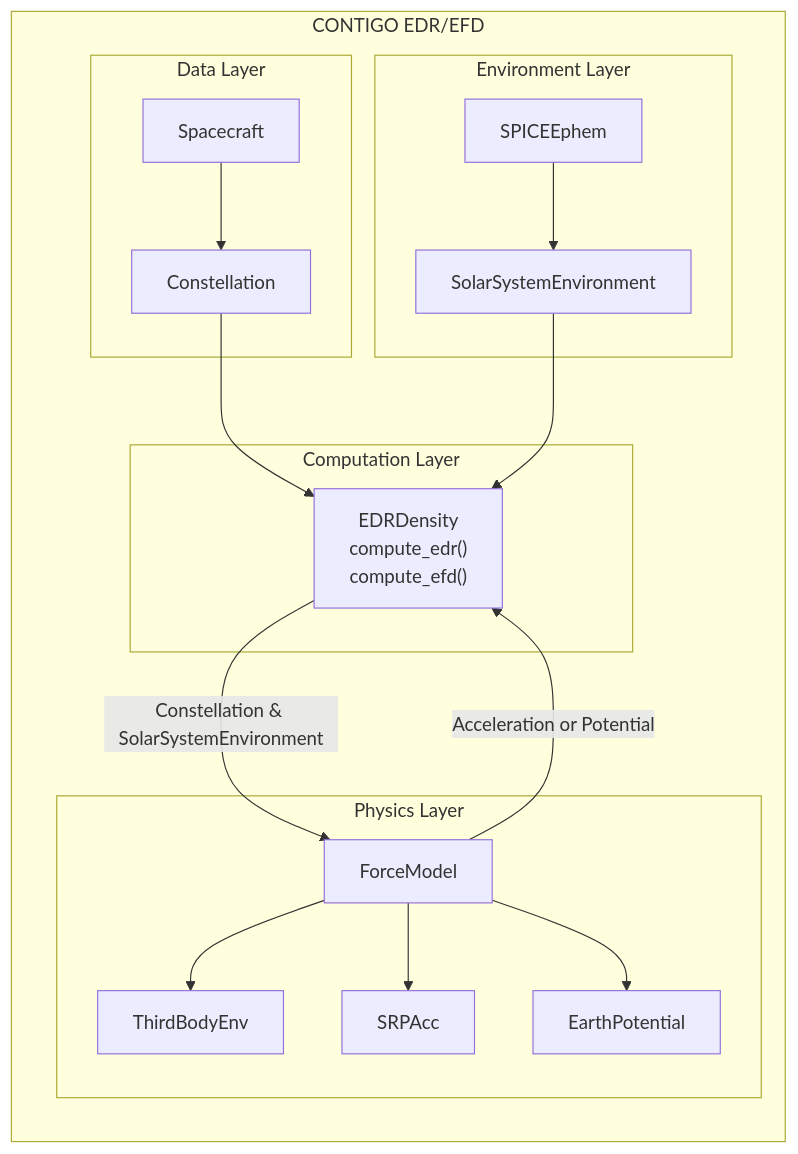
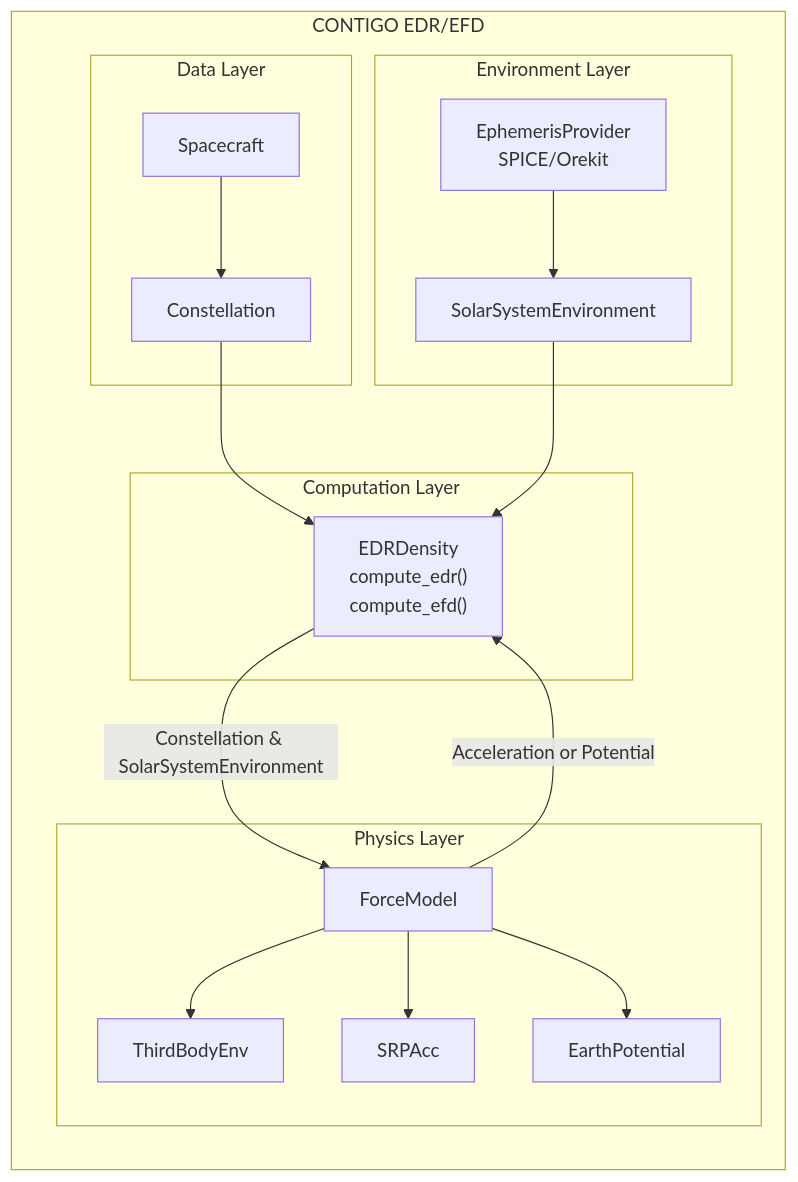
Before and after one commit to jklenzing/contigo_edr: the diagram in README.md, drawn with Mermaid. The commit also changed other lines of this file, not shown here.

````diff
--- a/README.md
+++ b/README.md
@@ -22,57 +22,58 @@
 ```mermaid
 flowchart LR
 
 %% =====================================================
 %% MODULE CONTAINER
 %% =====================================================
 
 subgraph CONTIGO_EDR_MODULE["CONTIGO EDR/EFD"]
 
 %% ================= DATA LAYER =================
 subgraph DATA_LAYER["Data Layer"]
     Spacecraft["Spacecraft"]
     Constellation["Constellation"]
 end
 
 %% ================= ENVIRONMENT LAYER =================
 subgraph ENV_LAYER["Environment Layer"]
-    SPICEEphem["SPICEEphem"]
+    SPICEEphem["EphemerisProvider
+                SPICE/Orekit"]
     SolarSystemEnvironment["SolarSystemEnvironment"]
 end
 
 %% ================= PHYSICS LAYER =================
 subgraph PHYSICS_LAYER["Physics Layer"]
     ForceModel["ForceModel"]
     ThirdBody["ThirdBodyEnv"]
     SRPAcc["SRPAcc"]
     EarthPotential["EarthPotential"]
 
     ForceModel --> ThirdBody
     ForceModel --> SRPAcc
     ForceModel --> EarthPotential
 end
 
 %% ================= COMPUTATION LAYER =================
 subgraph COMP_LAYER["Computation Layer"]
     EDRDensity["EDRDensity
     compute_edr()
     compute_efd()"]
     
 end
 
 end
 
 
 %% =====================================================
 %% CROSS-LAYER RELATIONSHIPS
 %% =====================================================
 
 Spacecraft --> Constellation
 Constellation --> EDRDensity
 SolarSystemEnvironment --> EDRDensity
 
 SPICEEphem --> SolarSystemEnvironment
 
 EDRDensity --> |Constellation & SolarSystemEnvironment| ForceModel
 ForceModel --> |Acceleration or Potential| EDRDensity
 ```
````
